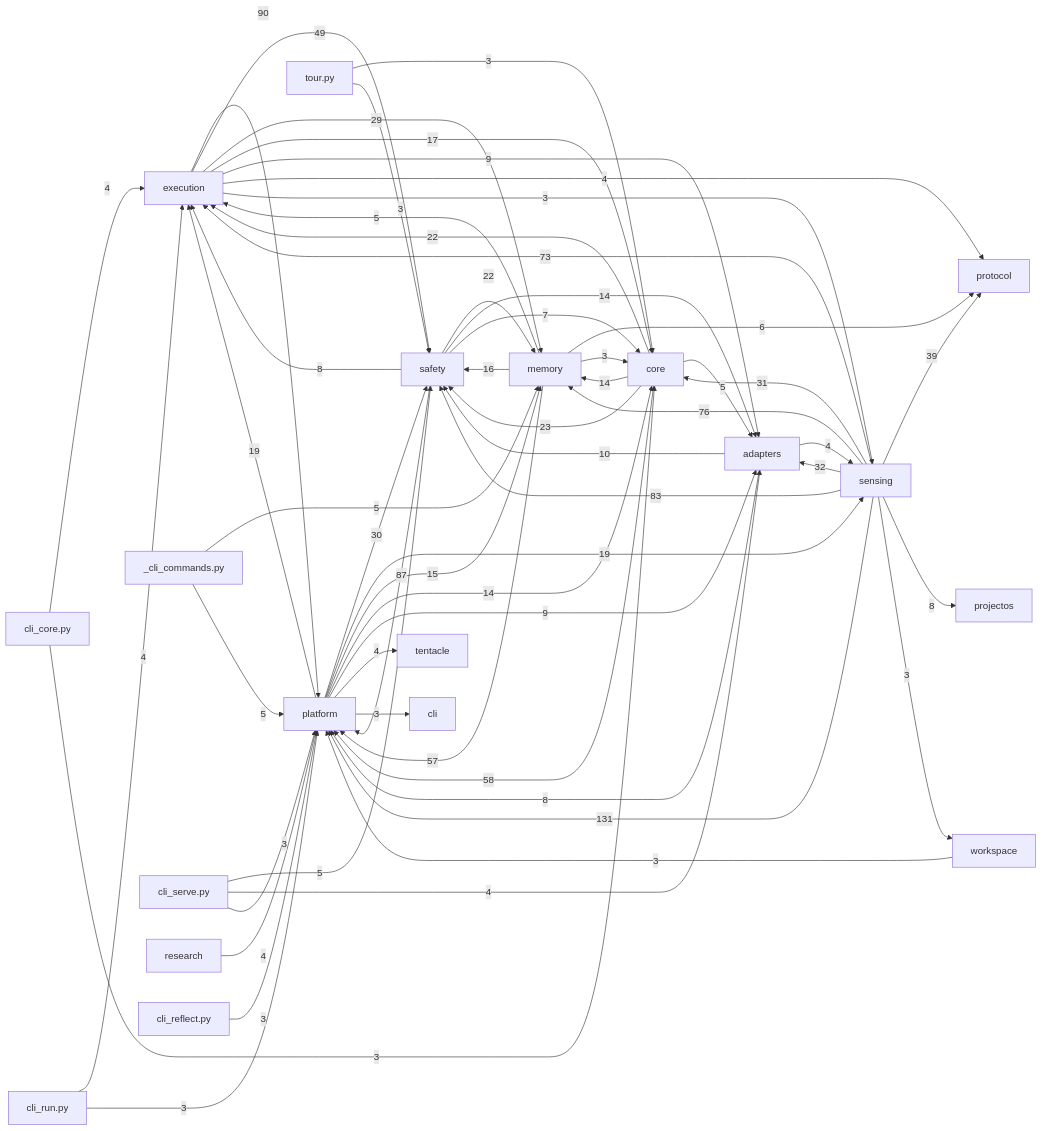
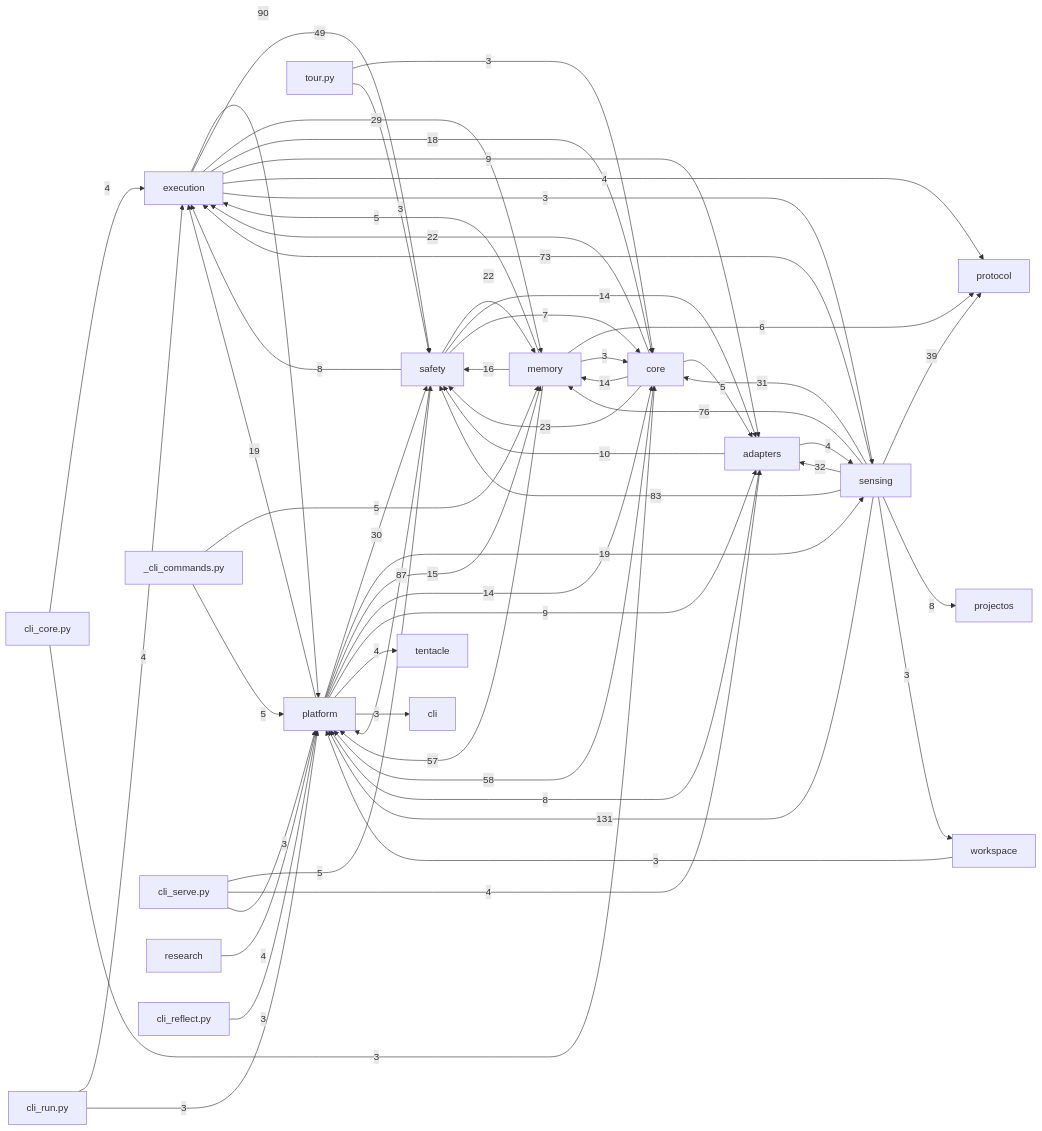
The diagram in docs/auto/20-backend/index.md (dengdenghua/octopus-agent), drawn with Mermaid before and after one commit. The commit also changed 7 other files, not shown here.

````diff
--- a/docs/auto/20-backend/index.md
+++ b/docs/auto/20-backend/index.md
@@ -26,66 +26,66 @@
 ```mermaid
 graph LR
   execution[execution]
   core[core]
   safety[safety]
   memory[memory]
   sensing[sensing]
   adapters[adapters]
   platform[platform]
   sensing -- 131 --> platform
   execution -- 90 --> platform
   safety -- 87 --> platform
   sensing -- 83 --> safety
   sensing -- 76 --> memory
   sensing -- 73 --> execution
   core -- 58 --> platform
   memory -- 57 --> platform
   execution -- 49 --> safety
   sensing -- 39 --> protocol
   sensing -- 32 --> adapters
   sensing -- 31 --> core
   platform -- 30 --> safety
   execution -- 29 --> memory
   core -- 23 --> safety
   core -- 22 --> execution
   safety -- 22 --> memory
   platform -- 19 --> execution
   platform -- 19 --> sensing
-  execution -- 17 --> core
+  execution -- 18 --> core
   memory -- 16 --> safety
   platform -- 15 --> memory
   core -- 14 --> memory
   platform -- 14 --> core
   safety -- 14 --> adapters
   adapters -- 10 --> safety
   execution -- 9 --> adapters
   platform -- 9 --> adapters
   adapters -- 8 --> platform
   safety -- 8 --> execution
   sensing -- 8 --> projectos
   safety -- 7 --> core
   memory -- 6 --> protocol
   _cli_commands.py -- 5 --> memory
   _cli_commands.py -- 5 --> platform
   cli_serve.py -- 5 --> safety
   core -- 5 --> adapters
   memory -- 5 --> execution
   adapters -- 4 --> sensing
   cli_core.py -- 4 --> execution
   cli_run.py -- 4 --> execution
   cli_serve.py -- 4 --> adapters
   execution -- 4 --> protocol
   platform -- 4 --> tentacle
   research -- 4 --> platform
   cli_core.py -- 3 --> core
   cli_reflect.py -- 3 --> platform
   cli_run.py -- 3 --> platform
   cli_serve.py -- 3 --> platform
   execution -- 3 --> sensing
   memory -- 3 --> core
   platform -- 3 --> cli
   sensing -- 3 --> workspace
   tour.py -- 3 --> core
   tour.py -- 3 --> safety
   workspace -- 3 --> platform
 ```
````
